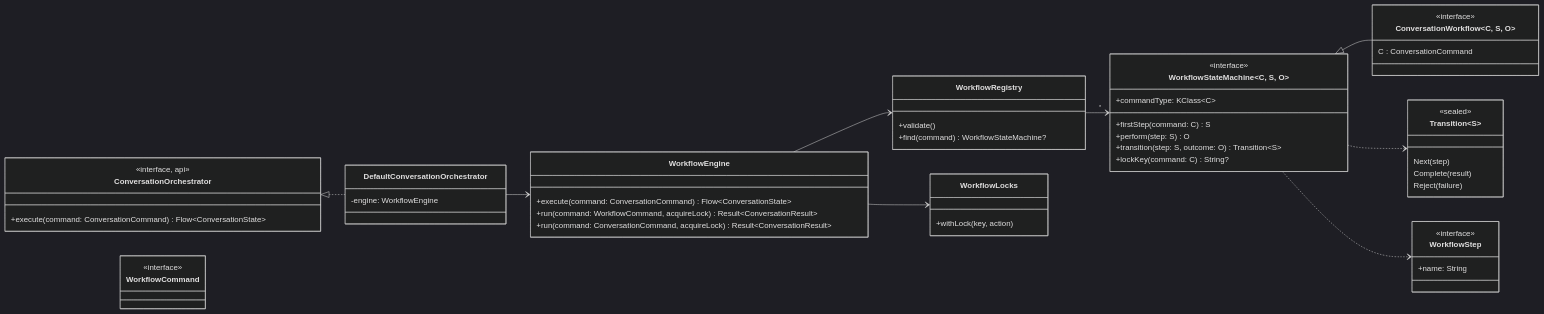
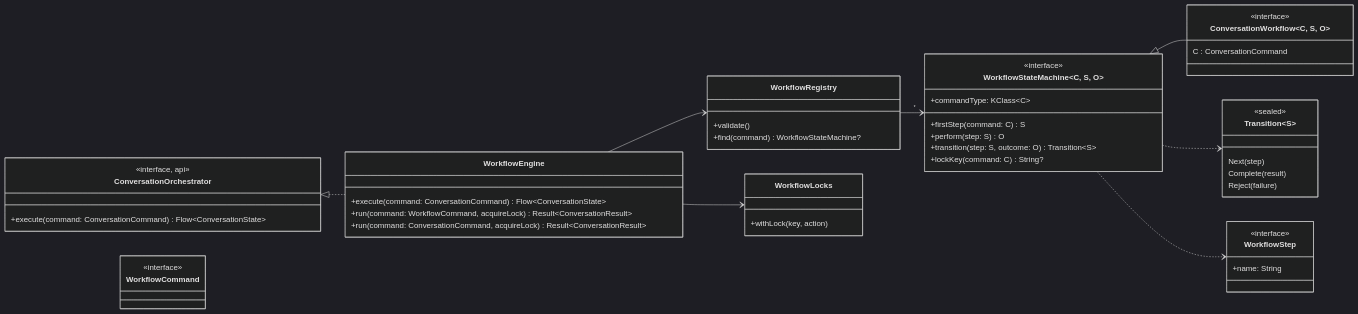
One commit to cbgm/Sparrow changed the second of 6 diagrams in docs/architecture/conversation-orchestration.md. Above: the diagram before and after it, drawn with Mermaid (dark theme). The commit also changed other lines of this file and 1796 other files, not shown here.

````diff
--- a/docs/architecture/conversation-orchestration.md
+++ b/docs/architecture/conversation-orchestration.md
@@ -92,56 +92,52 @@
 ```mermaid
 classDiagram
     direction LR
     class ConversationOrchestrator {
         <<interface, api>>
         +execute(command: ConversationCommand) Flow~ConversationState~
-    }
-    class DefaultConversationOrchestrator {
-        -engine: WorkflowEngine
     }
     class WorkflowEngine {
         +execute(command: ConversationCommand) Flow~ConversationState~
         +run(command: WorkflowCommand, acquireLock) Result~ConversationResult~
         +run(command: ConversationCommand, acquireLock) Result~ConversationResult~
     }
     class WorkflowRegistry {
         +validate()
         +find(command) WorkflowStateMachine?
     }
     class WorkflowLocks {
         +withLock(key, action)
     }
     class WorkflowStateMachine~C, S, O~ {
         <<interface>>
         +commandType: KClass~C~
         +firstStep(command: C) S
         +perform(step: S) O
         +transition(step: S, outcome: O) Transition~S~
         +lockKey(command: C) String?
     }
     class ConversationWorkflow~C, S, O~ {
         <<interface>>
         C : ConversationCommand
     }
     class Transition~S~ {
         <<sealed>>
         Next(step)
         Complete(result)
         Reject(failure)
     }
     class WorkflowCommand {
         <<interface>>
     }
     class WorkflowStep {
         <<interface>>
         +name: String
     }
-    ConversationOrchestrator <|.. DefaultConversationOrchestrator
-    DefaultConversationOrchestrator --> WorkflowEngine
+    ConversationOrchestrator <|.. WorkflowEngine
     WorkflowEngine --> WorkflowRegistry
     WorkflowEngine --> WorkflowLocks
     WorkflowRegistry --> "*" WorkflowStateMachine
     WorkflowStateMachine <|-- ConversationWorkflow
     WorkflowStateMachine ..> Transition
     WorkflowStateMachine ..> WorkflowStep
 ```
````
